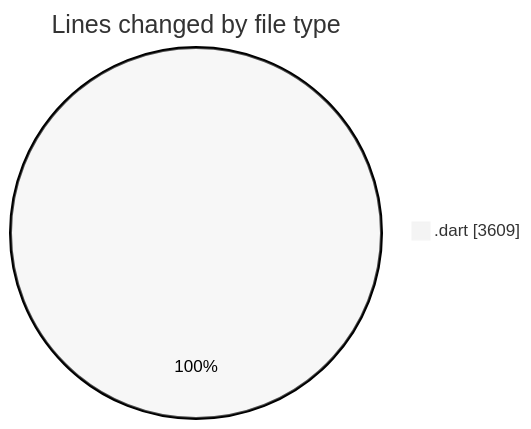
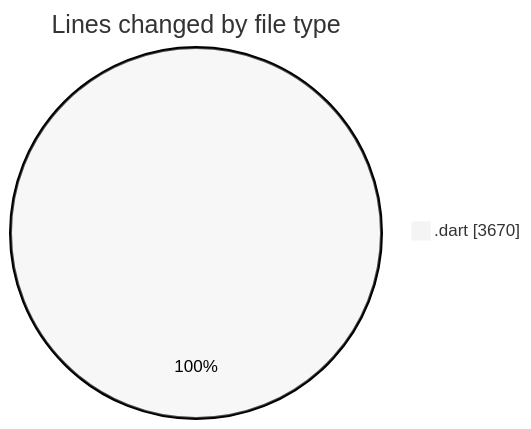
One commit to donsfak/code-tracking changed the first of 2 diagrams in 2025-04-10/trackers_app/README.md. Above: the diagram before and after it, drawn with Mermaid (neutral theme). The commit also changed other lines of this file and 1 other file, not shown here.

````diff
--- a/2025-04-10/trackers_app/README.md
+++ b/2025-04-10/trackers_app/README.md
@@ -42,5 +42,5 @@
 ```mermaid
 pie showData
 title Lines changed by file type
-".dart" : 3609
+".dart" : 3670
 ```
````
